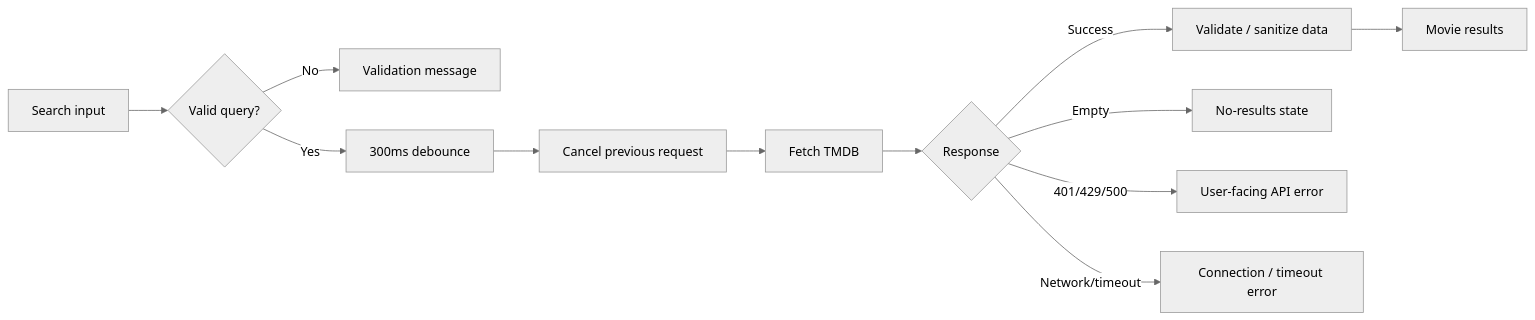
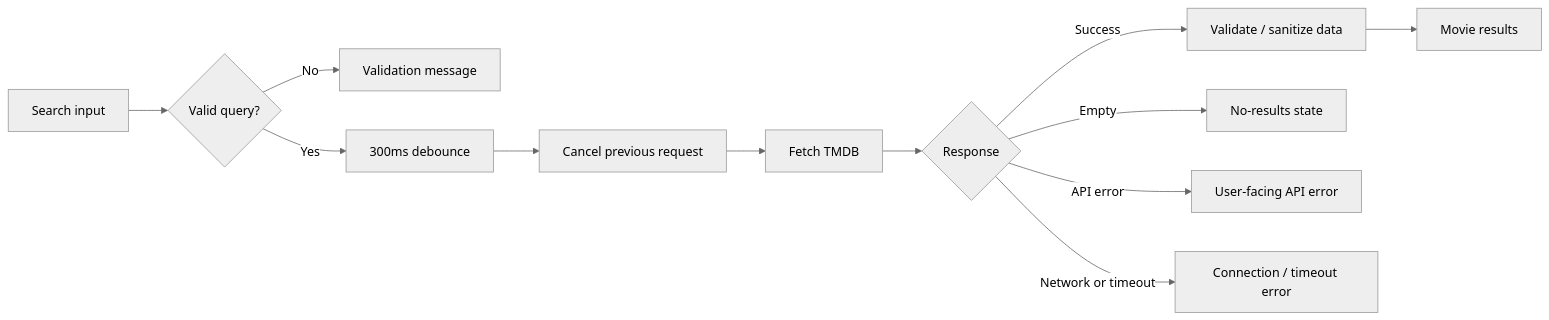
The second of 3 diagrams in README.md (Jaydeep2009/Entrata-AI-Coding-Challenge), drawn with Mermaid (neutral theme) before and after one commit. The commit also changed other lines of this file, not shown here.

Commit message:
docs: optimize root README for evaluation

````diff
--- a/README.md
+++ b/README.md
@@ -77,14 +77,14 @@
 ```mermaid
 flowchart LR
     A[Search input] --> B{Valid query?}
     B -- No --> C[Validation message]
     B -- Yes --> D[300ms debounce]
     D --> E[Cancel previous request]
     E --> F[Fetch TMDB]
     F --> G{Response}
     G -- Success --> H[Validate / sanitize data]
     H --> I[Movie results]
     G -- Empty --> J[No-results state]
-    G -- 401/429/500 --> K[User-facing API error]
-    G -- Network/timeout --> L[Connection / timeout error]
+    G -- API error --> K[User-facing API error]
+    G -- Network or timeout --> L[Connection / timeout error]
 ```
````
